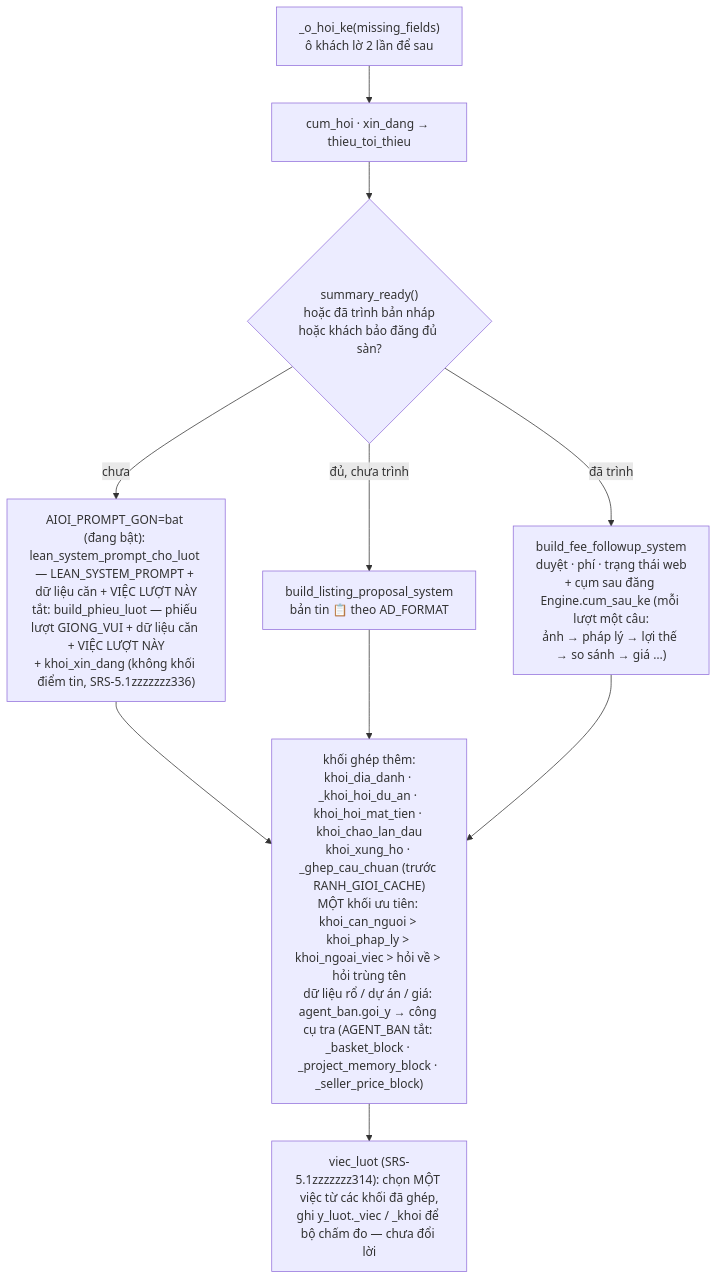
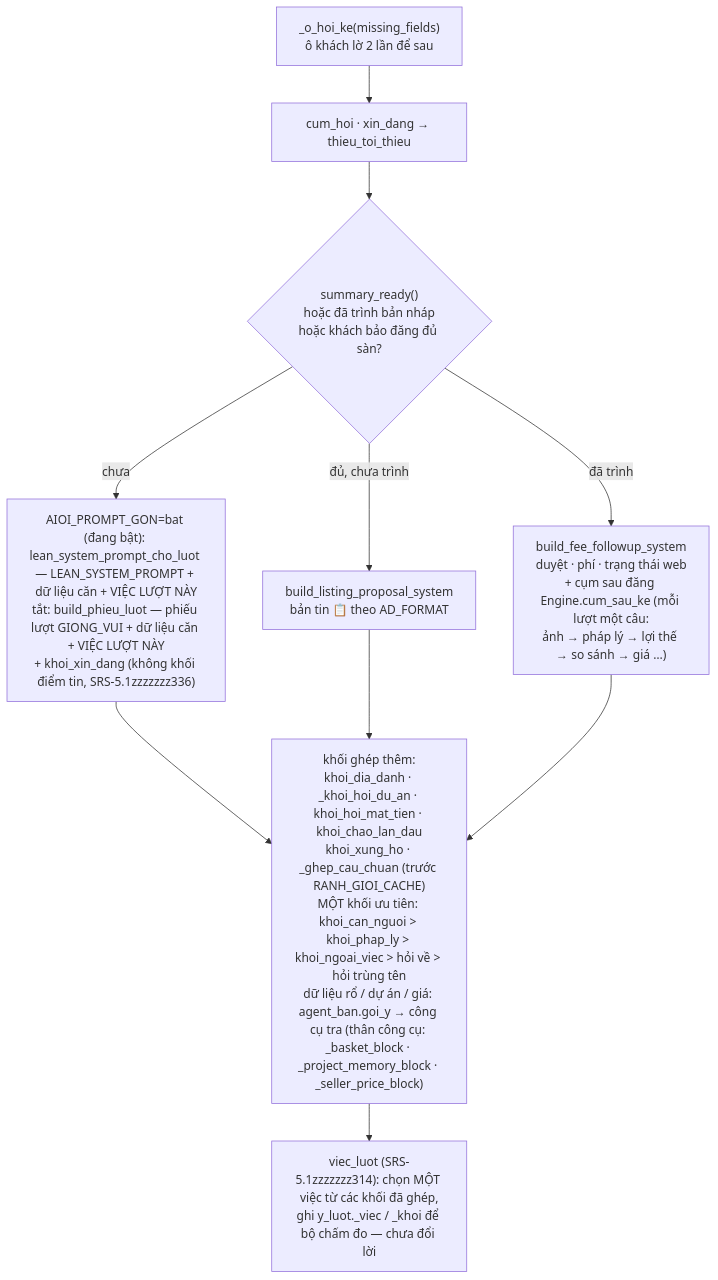
Before and after one commit to quang507/AOND: the third of 4 diagrams in docs/13-so-do-nhan-va-boc-tach.md, drawn with Mermaid. The commit also changed other lines of this file and 17 other files, not shown here.

````diff
--- a/docs/13-so-do-nhan-va-boc-tach.md
+++ b/docs/13-so-do-nhan-va-boc-tach.md
@@ -84,10 +84,10 @@
 ```mermaid
 flowchart TD
   S0["_o_hoi_ke(missing_fields)<br/>ô khách lờ 2 lần để sau"] --> S1["cum_hoi · xin_dang → thieu_toi_thieu"]
   S1 --> S2{"summary_ready()<br/>hoặc đã trình bản nháp<br/>hoặc khách bảo đăng đủ sàn?"}
   S2 -->|chưa| C1["AIOI_PROMPT_GON=bat (đang bật): lean_system_prompt_cho_luot — LEAN_SYSTEM_PROMPT + dữ liệu căn + VIỆC LƯỢT NÀY<br/>tắt: build_phieu_luot — phiếu lượt GIONG_VUI + dữ liệu căn + VIỆC LƯỢT NÀY<br/>+ khoi_xin_dang (không khối điểm tin, SRS-5.1zzzzzzz336)"]
   S2 -->|"đủ, chưa trình"| C2["build_listing_proposal_system<br/>bản tin 📋 theo AD_FORMAT"]
   S2 -->|"đã trình"| C3["build_fee_followup_system<br/>duyệt · phí · trạng thái web<br/>+ cụm sau đăng Engine.cum_sau_ke (mỗi lượt một câu:<br/>ảnh → pháp lý → lợi thế → so sánh → giá …)"]
-  C1 & C2 & C3 --> K["khối ghép thêm:<br/>khoi_dia_danh · _khoi_hoi_du_an · khoi_hoi_mat_tien · khoi_chao_lan_dau<br/>khoi_xung_ho · _ghep_cau_chuan (trước RANH_GIOI_CACHE)<br/>MỘT khối ưu tiên: khoi_can_nguoi > khoi_phap_ly > khoi_ngoai_viec > hỏi về > hỏi trùng tên<br/>dữ liệu rổ / dự án / giá: agent_ban.goi_y → công cụ tra (AGENT_BAN tắt: _basket_block · _project_memory_block · _seller_price_block)"]
+  C1 & C2 & C3 --> K["khối ghép thêm:<br/>khoi_dia_danh · _khoi_hoi_du_an · khoi_hoi_mat_tien · khoi_chao_lan_dau<br/>khoi_xung_ho · _ghep_cau_chuan (trước RANH_GIOI_CACHE)<br/>MỘT khối ưu tiên: khoi_can_nguoi > khoi_phap_ly > khoi_ngoai_viec > hỏi về > hỏi trùng tên<br/>dữ liệu rổ / dự án / giá: agent_ban.goi_y → công cụ tra (thân công cụ: _basket_block · _project_memory_block · _seller_price_block)"]
   K --> V["viec_luot (SRS-5.1zzzzzzz314): chọn MỘT việc từ các khối đã ghép,<br/>ghi y_luot._viec / _khoi để bộ chấm đo — chưa đổi lời"]
 ```
````
